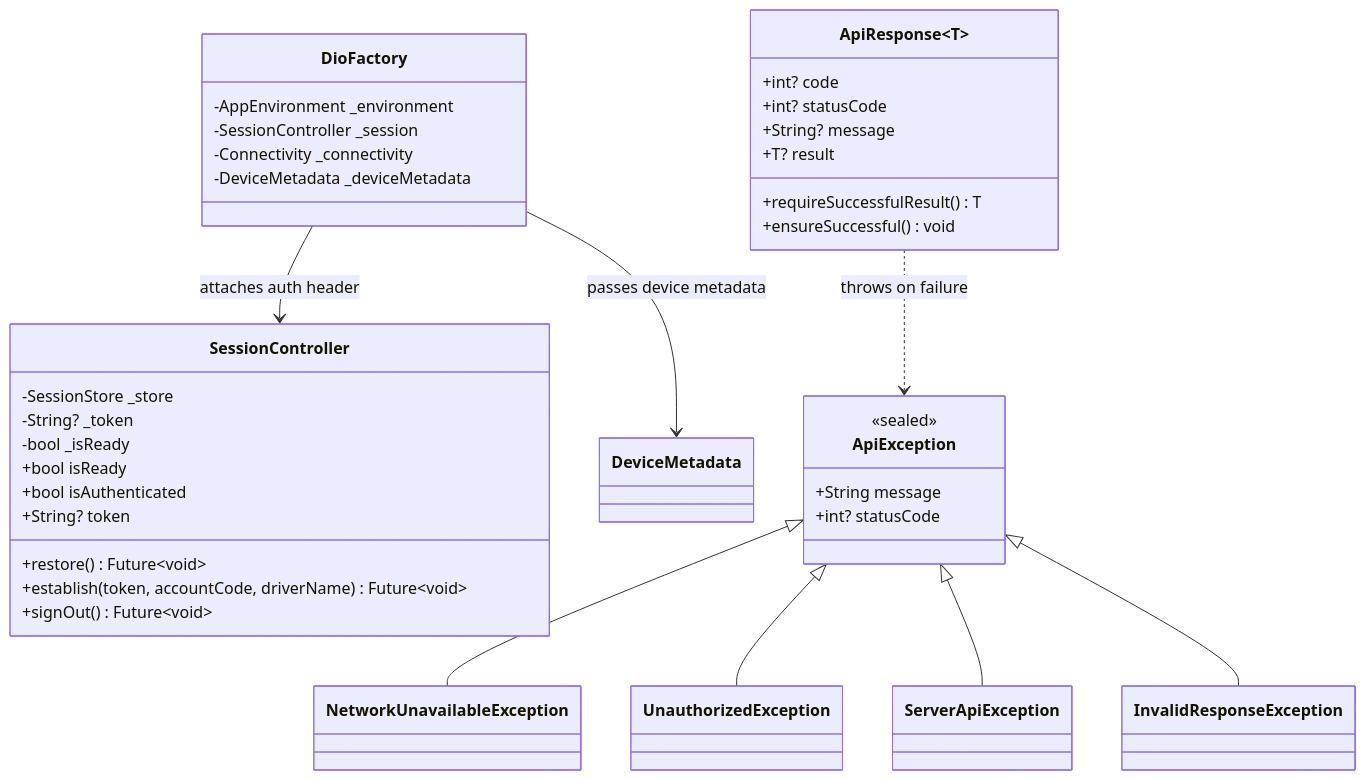
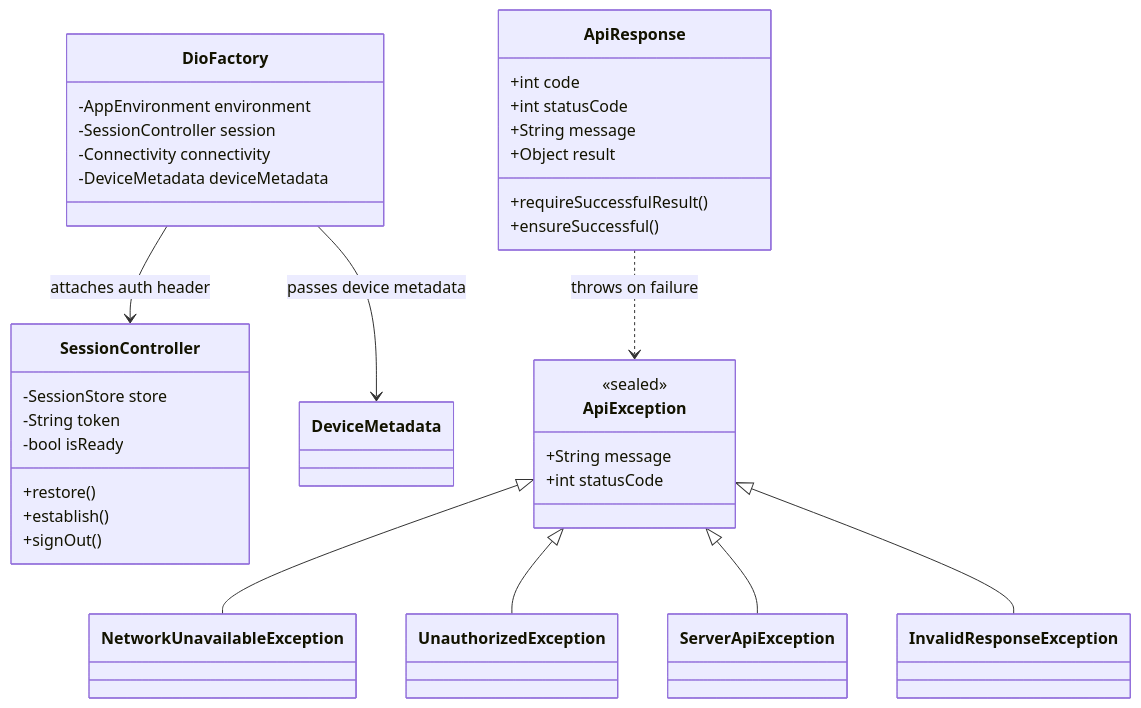
The second of 2 diagrams in README.md (eng-ahmed-younis/Chauffeur-Hub), drawn with Mermaid before and after one commit. The commit also changed other lines of this file, not shown here.

Commit message:
Refactor README.md to improve diagram styling and enhance class definitions for better clarity

````diff
--- a/README.md
+++ b/README.md
@@ -170,57 +176,54 @@
 ```mermaid
 classDiagram
     class SessionController {
-        -SessionStore _store
-        -String? _token
-        -bool _isReady
-        +bool isReady
-        +bool isAuthenticated
-        +String? token
-        +restore() Future~void~
-        +establish(token, accountCode, driverName) Future~void~
-        +signOut() Future~void~
+        -SessionStore store
+        -String token
+        -bool isReady
+        +restore()
+        +establish()
+        +signOut()
     }
 
     class DioFactory {
-        -AppEnvironment _environment
-        -SessionController _session
-        -Connectivity _connectivity
-        -DeviceMetadata _deviceMetadata
+        -AppEnvironment environment
+        -SessionController session
+        -Connectivity connectivity
+        -DeviceMetadata deviceMetadata
     }
 
-    class ApiResponse~T~ {
-        +int? code
-        +int? statusCode
-        +String? message
-        +T? result
-        +requireSuccessfulResult() T
-        +ensureSuccessful() void
+    class ApiResponse {
+        +int code
+        +int statusCode
+        +String message
+        +Object result
+        +requireSuccessfulResult()
+        +ensureSuccessful()
     }
 
     class ApiException {
         <<sealed>>
         +String message
-        +int? statusCode
+        +int statusCode
     }
 
     class NetworkUnavailableException {
     }
 
     class UnauthorizedException {
     }
 
     class ServerApiException {
     }
 
     class InvalidResponseException {
     }
 
     ApiException <|-- NetworkUnavailableException
     ApiException <|-- UnauthorizedException
     ApiException <|-- ServerApiException
     ApiException <|-- InvalidResponseException
 
     DioFactory --> SessionController : attaches auth header
     DioFactory --> DeviceMetadata : passes device metadata
     ApiResponse ..> ApiException : throws on failure
 ```
````
